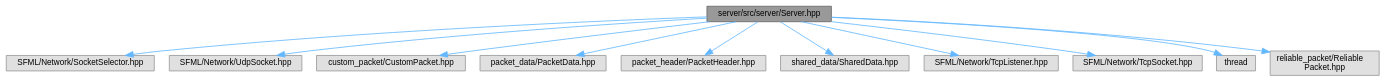
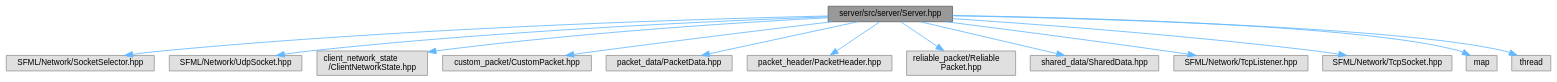
The diagram in Server_8hpp__incl.dot (Houpsi/R-Type), drawn with Graphviz before and after one commit. The commit also changed 158 other files, not shown here.

```diff
--- a/Server_8hpp__incl.dot
+++ b/Server_8hpp__incl.dot
@@ -1,28 +1,32 @@
 digraph "server/src/server/Server.hpp"
 {
  // LATEX_PDF_SIZE
   bgcolor="transparent";
   edge [fontname=Helvetica,fontsize=10,labelfontname=Helvetica,labelfontsize=10];
   node [fontname=Helvetica,fontsize=10,shape=box,height=0.2,width=0.4];
   Node1 [id="Node000001",label="server/src/server/Server.hpp",height=0.2,width=0.4,color="gray40", fillcolor="grey60", style="filled", fontcolor="black",tooltip=" "];
   Node1 -> Node2 [id="edge1_Node000001_Node000002",color="steelblue1",style="solid",tooltip=" "];
   Node2 [id="Node000002",label="SFML/Network/SocketSelector.hpp",height=0.2,width=0.4,color="grey60", fillcolor="#E0E0E0", style="filled",tooltip=" "];
   Node1 -> Node3 [id="edge2_Node000001_Node000003",color="steelblue1",style="solid",tooltip=" "];
   Node3 [id="Node000003",label="SFML/Network/UdpSocket.hpp",height=0.2,width=0.4,color="grey60", fillcolor="#E0E0E0", style="filled",tooltip=" "];
   Node1 -> Node4 [id="edge3_Node000001_Node000004",color="steelblue1",style="solid",tooltip=" "];
-  Node4 [id="Node000004",label="custom_packet/CustomPacket.hpp",height=0.2,width=0.4,color="grey60", fillcolor="#E0E0E0", style="filled",tooltip=" "];
+  Node4 [id="Node000004",label="client_network_state\l/ClientNetworkState.hpp",height=0.2,width=0.4,color="grey60", fillcolor="#E0E0E0", style="filled",tooltip=" "];
   Node1 -> Node5 [id="edge4_Node000001_Node000005",color="steelblue1",style="solid",tooltip=" "];
-  Node5 [id="Node000005",label="packet_data/PacketData.hpp",height=0.2,width=0.4,color="grey60", fillcolor="#E0E0E0", style="filled",tooltip=" "];
+  Node5 [id="Node000005",label="custom_packet/CustomPacket.hpp",height=0.2,width=0.4,color="grey60", fillcolor="#E0E0E0", style="filled",tooltip=" "];
   Node1 -> Node6 [id="edge5_Node000001_Node000006",color="steelblue1",style="solid",tooltip=" "];
-  Node6 [id="Node000006",label="packet_header/PacketHeader.hpp",height=0.2,width=0.4,color="grey60", fillcolor="#E0E0E0", style="filled",tooltip=" "];
+  Node6 [id="Node000006",label="packet_data/PacketData.hpp",height=0.2,width=0.4,color="grey60", fillcolor="#E0E0E0", style="filled",tooltip=" "];
   Node1 -> Node7 [id="edge6_Node000001_Node000007",color="steelblue1",style="solid",tooltip=" "];
-  Node7 [id="Node000007",label="shared_data/SharedData.hpp",height=0.2,width=0.4,color="grey60", fillcolor="#E0E0E0", style="filled",tooltip=" "];
+  Node7 [id="Node000007",label="packet_header/PacketHeader.hpp",height=0.2,width=0.4,color="grey60", fillcolor="#E0E0E0", style="filled",tooltip=" "];
   Node1 -> Node8 [id="edge7_Node000001_Node000008",color="steelblue1",style="solid",tooltip=" "];
-  Node8 [id="Node000008",label="SFML/Network/TcpListener.hpp",height=0.2,width=0.4,color="grey60", fillcolor="#E0E0E0", style="filled",tooltip=" "];
+  Node8 [id="Node000008",label="reliable_packet/Reliable\lPacket.hpp",height=0.2,width=0.4,color="grey60", fillcolor="#E0E0E0", style="filled",tooltip=" "];
   Node1 -> Node9 [id="edge8_Node000001_Node000009",color="steelblue1",style="solid",tooltip=" "];
-  Node9 [id="Node000009",label="SFML/Network/TcpSocket.hpp",height=0.2,width=0.4,color="grey60", fillcolor="#E0E0E0", style="filled",tooltip=" "];
+  Node9 [id="Node000009",label="shared_data/SharedData.hpp",height=0.2,width=0.4,color="grey60", fillcolor="#E0E0E0", style="filled",tooltip=" "];
   Node1 -> Node10 [id="edge9_Node000001_Node000010",color="steelblue1",style="solid",tooltip=" "];
-  Node10 [id="Node000010",label="thread",height=0.2,width=0.4,color="grey60", fillcolor="#E0E0E0", style="filled",tooltip=" "];
+  Node10 [id="Node000010",label="SFML/Network/TcpListener.hpp",height=0.2,width=0.4,color="grey60", fillcolor="#E0E0E0", style="filled",tooltip=" "];
   Node1 -> Node11 [id="edge10_Node000001_Node000011",color="steelblue1",style="solid",tooltip=" "];
-  Node11 [id="Node000011",label="reliable_packet/Reliable\lPacket.hpp",height=0.2,width=0.4,color="grey60", fillcolor="#E0E0E0", style="filled",tooltip=" "];
+  Node11 [id="Node000011",label="SFML/Network/TcpSocket.hpp",height=0.2,width=0.4,color="grey60", fillcolor="#E0E0E0", style="filled",tooltip=" "];
+  Node1 -> Node12 [id="edge11_Node000001_Node000012",color="steelblue1",style="solid",tooltip=" "];
+  Node12 [id="Node000012",label="map",height=0.2,width=0.4,color="grey60", fillcolor="#E0E0E0", style="filled",tooltip=" "];
+  Node1 -> Node13 [id="edge12_Node000001_Node000013",color="steelblue1",style="solid",tooltip=" "];
+  Node13 [id="Node000013",label="thread",height=0.2,width=0.4,color="grey60", fillcolor="#E0E0E0", style="filled",tooltip=" "];
 }
```
